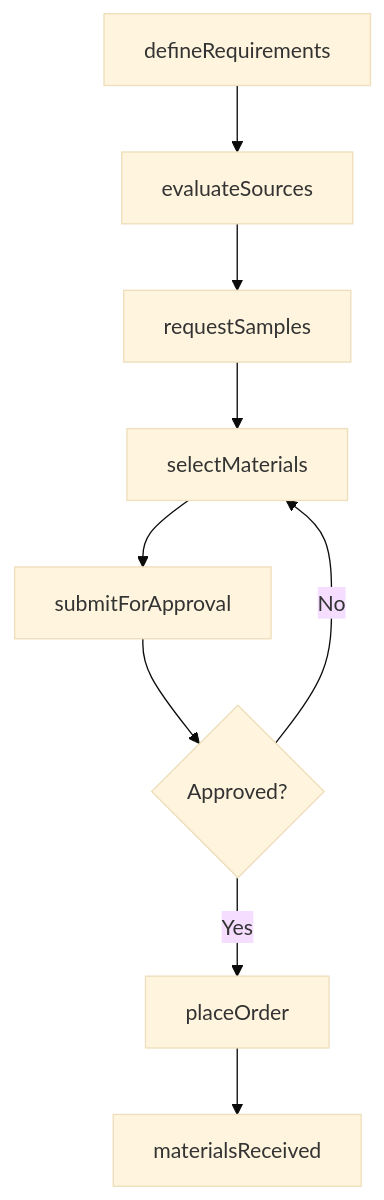
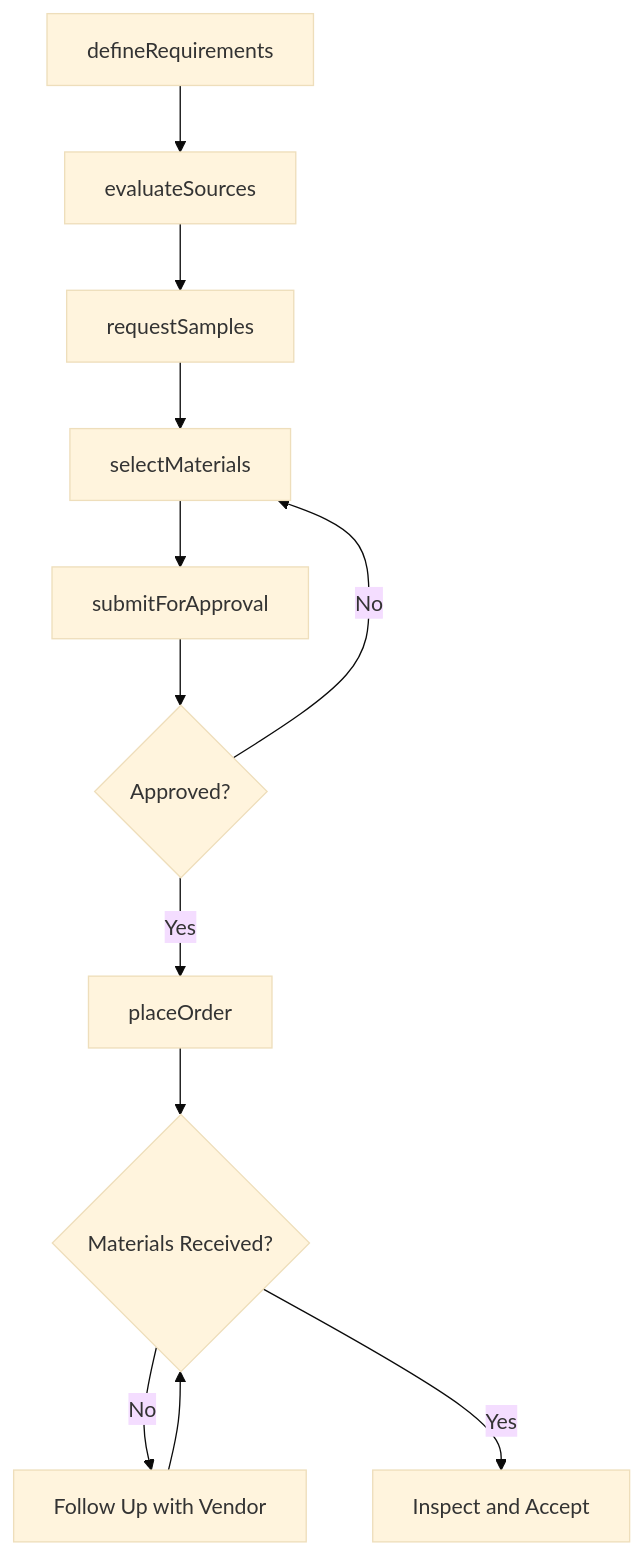
Before and after one commit to dot-org-ai/tasks.org.ai: the third of 4 diagrams in MakingDecisionsAndSolvingProblems/SelectMaterialsOrEquipmentForOperationsOrProjects/SelectMaterialsProps.mdx, drawn with Mermaid (base theme). The commit also changed other lines of this file and 71 other files, not shown here.

Commit message:
feat: Add ER diagrams, state diagrams to 72 more DWA task files (wave 2 continued)

````diff
--- a/MakingDecisionsAndSolvingProblems/SelectMaterialsOrEquipmentForOperationsOrProjects/SelectMaterialsProps.mdx
+++ b/MakingDecisionsAndSolvingProblems/SelectMaterialsOrEquipmentForOperationsOrProjects/SelectMaterialsProps.mdx
@@ -83,11 +109,14 @@
 ```mermaid
 graph TD
     A[defineRequirements] --> B[evaluateSources]
     B --> C[requestSamples]
     C --> D[selectMaterials]
     D --> E[submitForApproval]
     E --> F{Approved?}
     F -->|Yes| G[placeOrder]
     F -->|No| D
-    G --> H[materialsReceived]
+    G --> H{Materials Received?}
+    H -->|No| I[Follow Up with Vendor]
+    I --> H
+    H -->|Yes| J[Inspect and Accept]
 ```
````
